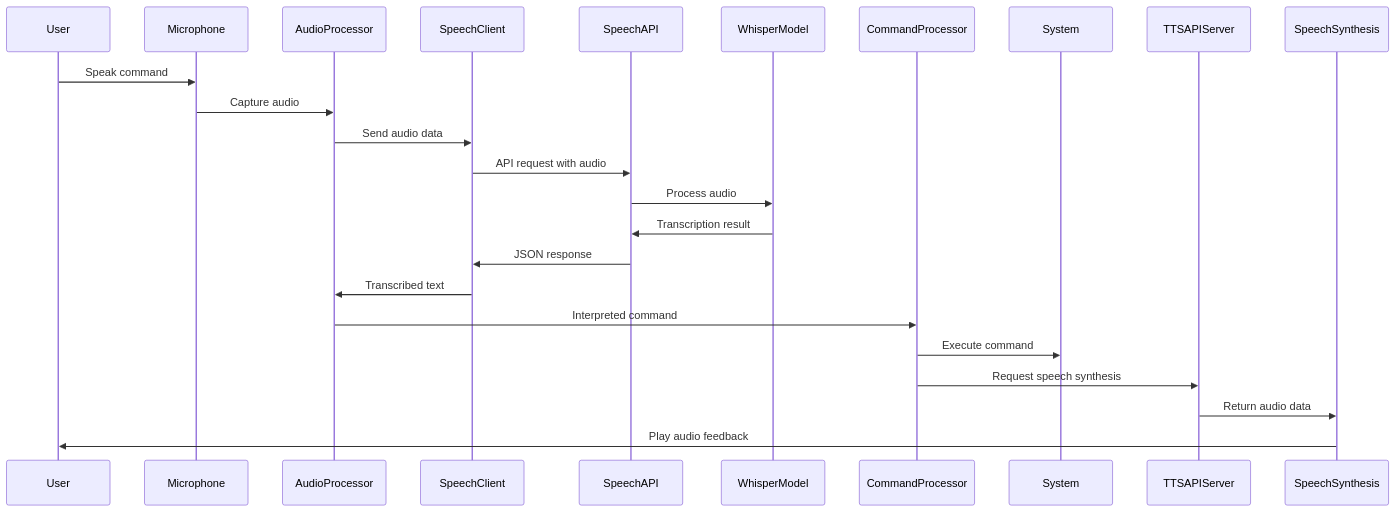
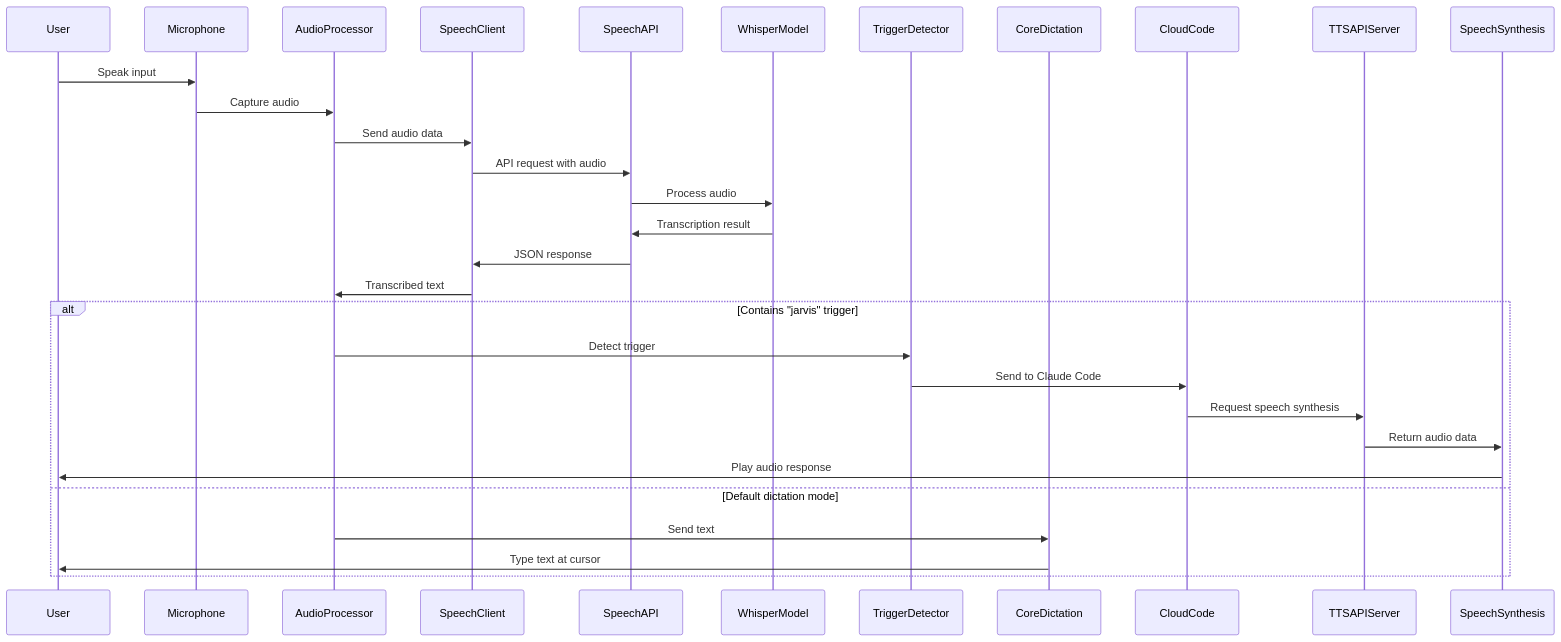
One commit to 0xrin1/whisper-yabai-mac-os-x changed the fourth of 5 diagrams in docs/ARCHITECTURE.md. Above: the diagram before and after it, drawn with Mermaid. The commit also changed other lines of this file and 5 other files, not shown here.

First line of the commit message:
Refactor: Remove legacy CommandProcessor for simplified architecture

````diff
--- a/docs/ARCHITECTURE.md
+++ b/docs/ARCHITECTURE.md
@@ -172,27 +182,34 @@
 ```mermaid
 sequenceDiagram
     participant User
     participant Microphone
     participant AudioProcessor
     participant SpeechClient
     participant SpeechAPI
     participant WhisperModel
-    participant CommandProcessor
-    participant System
+    participant TriggerDetector
+    participant CoreDictation
+    participant CloudCode
     participant TTSAPIServer
     participant SpeechSynthesis
 
-    User->>Microphone: Speak command
+    User->>Microphone: Speak input
     Microphone->>AudioProcessor: Capture audio
     AudioProcessor->>SpeechClient: Send audio data
     SpeechClient->>SpeechAPI: API request with audio
     SpeechAPI->>WhisperModel: Process audio
     WhisperModel->>SpeechAPI: Transcription result
     SpeechAPI->>SpeechClient: JSON response
     SpeechClient->>AudioProcessor: Transcribed text
-    AudioProcessor->>CommandProcessor: Interpreted command
-    CommandProcessor->>System: Execute command
-    CommandProcessor->>TTSAPIServer: Request speech synthesis
-    TTSAPIServer->>SpeechSynthesis: Return audio data
-    SpeechSynthesis->>User: Play audio feedback
+
+    alt Contains "jarvis" trigger
+        AudioProcessor->>TriggerDetector: Detect trigger
+        TriggerDetector->>CloudCode: Send to Claude Code
+        CloudCode->>TTSAPIServer: Request speech synthesis
+        TTSAPIServer->>SpeechSynthesis: Return audio data
+        SpeechSynthesis->>User: Play audio response
+    else Default dictation mode
+        AudioProcessor->>CoreDictation: Send text
+        CoreDictation->>User: Type text at cursor
+    end
 ```
````
